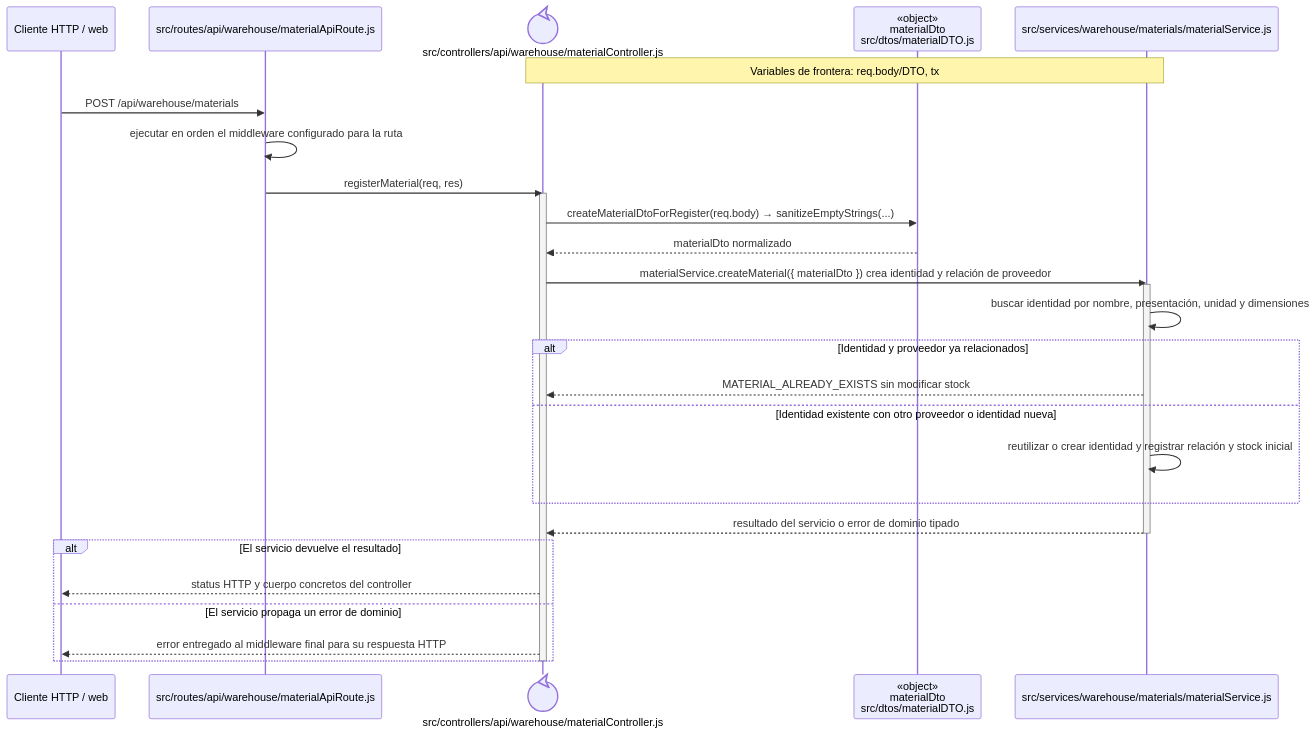
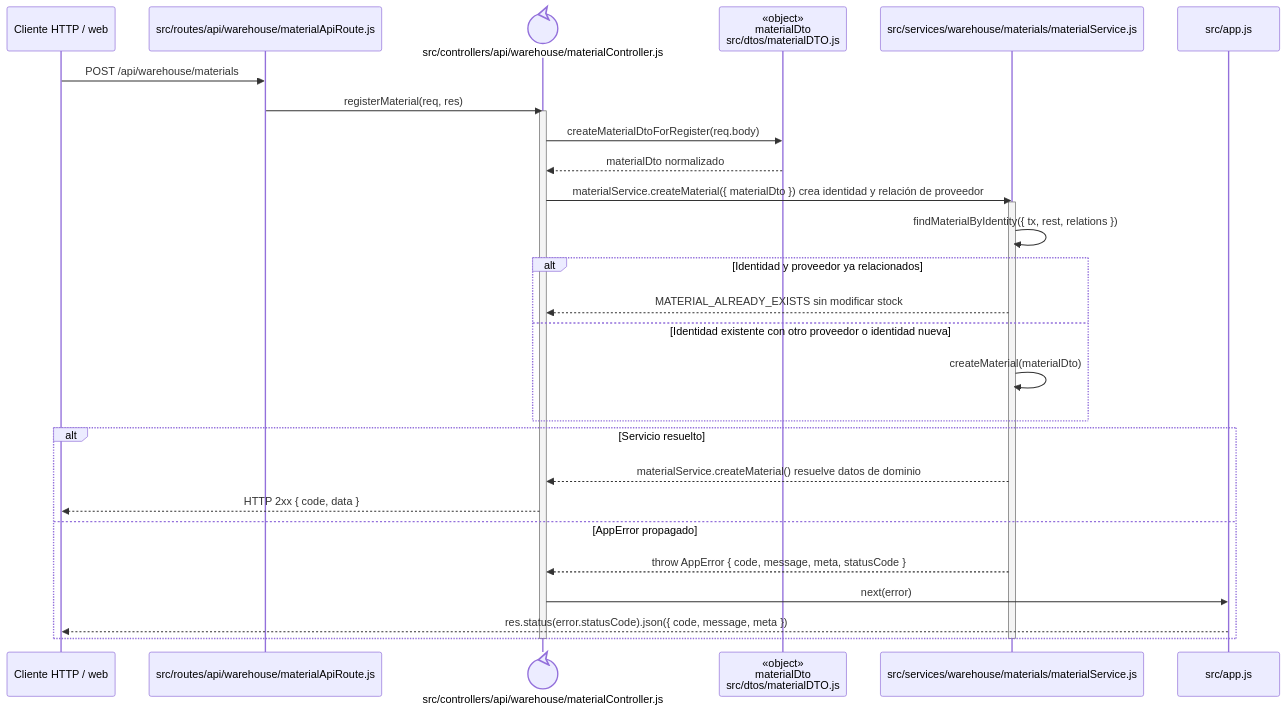
Before and after one commit to gpgsistemas01/nexus: the diagram in docs/architecture/backend-code-sequences/catalogs/cu-alm-02.md, drawn with Mermaid. The commit also changed 148 other files, not shown here.

````diff
--- a/docs/architecture/backend-code-sequences/catalogs/cu-alm-02.md
+++ b/docs/architecture/backend-code-sequences/catalogs/cu-alm-02.md
@@ -6,32 +6,33 @@
 ```mermaid
 sequenceDiagram
     participant Client as Cliente HTTP / web
     participant Route as src/routes/api/warehouse/materialApiRoute.js
     participant Controller@{ "type": "control" } as src/controllers/api/warehouse/materialController.js
     participant MaterialDto as «object»<br/>materialDto<br/>src/dtos/materialDTO.js
     participant Domain as src/services/warehouse/materials/materialService.js
-    Note over Controller,Domain: Variables de frontera: req.body/DTO, tx
+    participant ErrorHandler as src/app.js
 
     Client->>Route: POST /api/warehouse/materials
-    Route->>Route: ejecutar en orden el middleware configurado para la ruta
     Route->>Controller: registerMaterial(req, res)
     activate Controller
-    Controller->>MaterialDto: createMaterialDtoForRegister(req.body) → sanitizeEmptyStrings(...)
+    Controller->>MaterialDto: createMaterialDtoForRegister(req.body)
     MaterialDto-->>Controller: materialDto normalizado
     Controller->>Domain: materialService.createMaterial({ materialDto }) crea identidad y relación de proveedor
     activate Domain
-    Domain->>Domain: buscar identidad por nombre, presentación, unidad y dimensiones
+    Domain->>Domain: findMaterialByIdentity({ tx, rest, relations })
     alt Identidad y proveedor ya relacionados
         Domain-->>Controller: MATERIAL_ALREADY_EXISTS sin modificar stock
     else Identidad existente con otro proveedor o identidad nueva
-        Domain->>Domain: reutilizar o crear identidad y registrar relación y stock inicial
+        Domain->>Domain: createMaterial(materialDto)
     end
-    Domain-->>Controller: resultado del servicio o error de dominio tipado
+    alt Servicio resuelto
+        Domain-->>Controller: materialService.createMaterial() resuelve datos de dominio
+        Controller-->>Client: HTTP 2xx { code, data }
+    else AppError propagado
+        Domain-->>Controller: throw AppError { code, message, meta, statusCode }
+        Controller->>ErrorHandler: next(error)
+        ErrorHandler-->>Client: res.status(error.statusCode).json({ code, message, meta })
+    end
     deactivate Domain
-    alt El servicio devuelve el resultado
-        Controller-->>Client: status HTTP y cuerpo concretos del controller
-    else El servicio propaga un error de dominio
-        Controller-->>Client: error entregado al middleware final para su respuesta HTTP
-    end
     deactivate Controller
 ```
````
